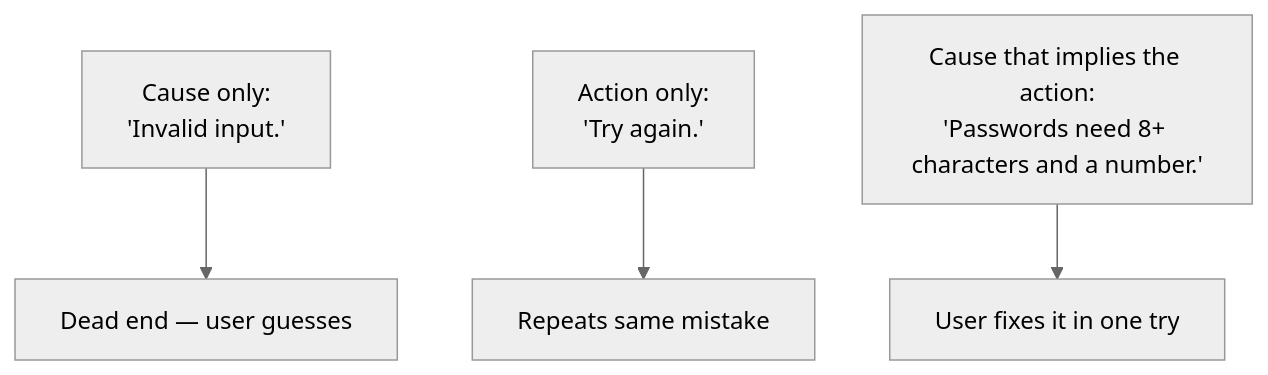
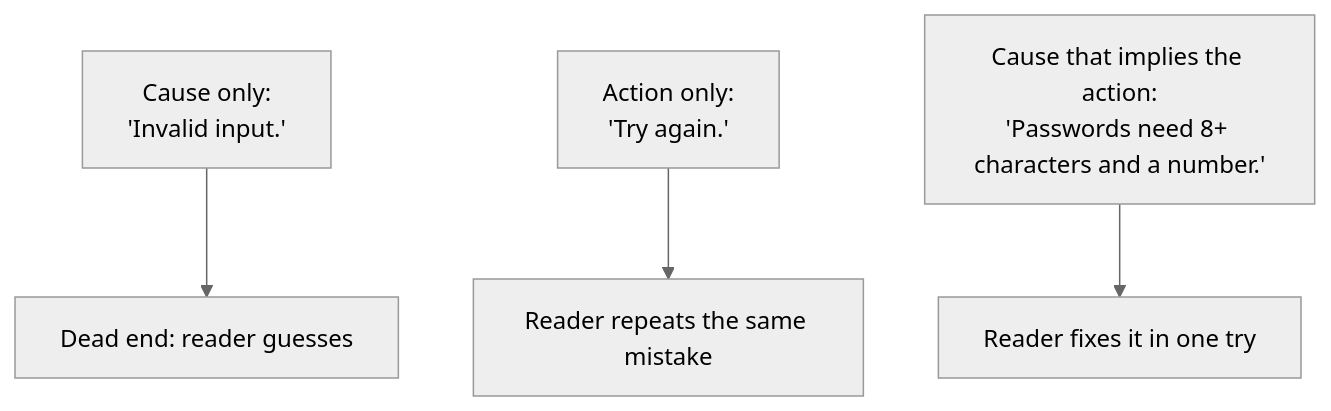
Before and after one commit to francoandreDev/knowledge: the diagram in src/content/design/ux-writing-microcopy/L2-concept.mdx, drawn with Mermaid (neutral theme). The commit also changed other lines of this file and 16 other files, not shown here.

````diff
--- a/src/content/design/ux-writing-microcopy/L2-concept.mdx
+++ b/src/content/design/ux-writing-microcopy/L2-concept.mdx
@@ -68,6 +69,6 @@
 ```mermaid
 flowchart TD
-    A["Cause only:\n'Invalid input.'"] --> X[Dead end — user guesses]
-    B["Action only:\n'Try again.'"] --> Y[Repeats same mistake]
-    C["Cause that implies the action:\n'Passwords need 8+ characters and a number.'"] --> Z[User fixes it in one try]
+    A["Cause only:\n'Invalid input.'"] --> X["Dead end: reader guesses"]
+    B["Action only:\n'Try again.'"] --> Y["Reader repeats the same mistake"]
+    C["Cause that implies the action:\n'Passwords need 8+ characters and a number.'"] --> Z["Reader fixes it in one try"]
 ```
````
